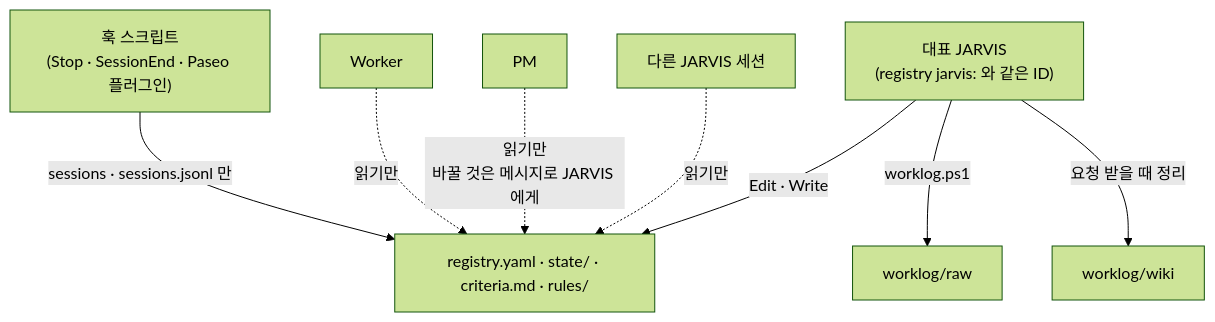
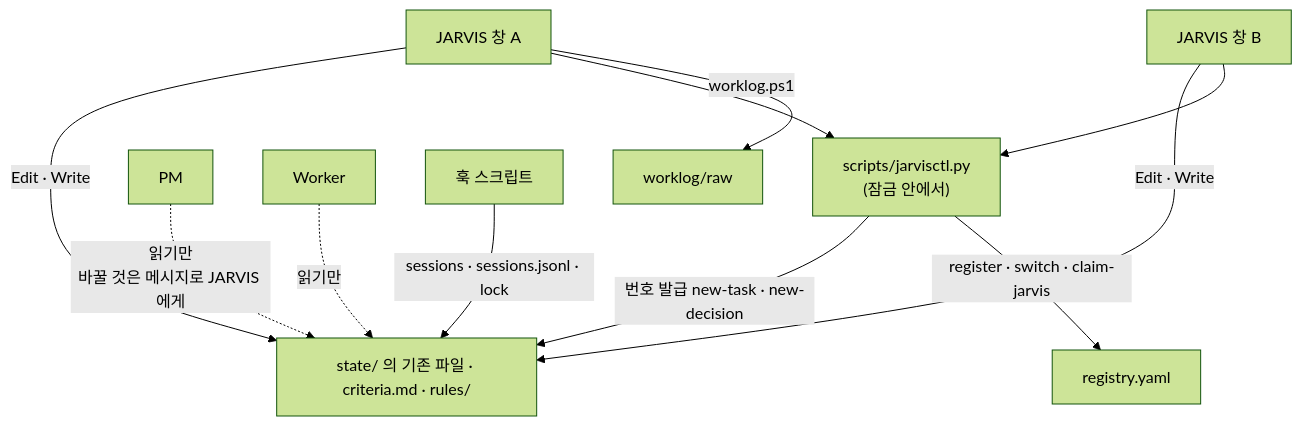
One commit to smdeveloper7/jarvis changed the second of 3 diagrams in docs/01_State_Memory_Management.md. Above: the diagram before and after it, drawn with Mermaid (forest theme). The commit also changed other lines of this file and 11 other files, not shown here.

````diff
--- a/docs/01_State_Memory_Management.md
+++ b/docs/01_State_Memory_Management.md
@@ -200,10 +202,13 @@
 ```mermaid
 flowchart TD
-    J["대표 JARVIS<br/>(registry jarvis: 와 같은 ID)"] -->|"Edit · Write"| S["registry.yaml · state/ · criteria.md · rules/"]
-    J2["다른 JARVIS 세션"] -.->|"읽기만"| S
+    J1["JARVIS 창 A"] -->|"Edit · Write"| S["state/ 의 기존 파일 · criteria.md · rules/"]
+    J2["JARVIS 창 B"] -->|"Edit · Write"| S
+    J1 --> C["scripts/jarvisctl.py<br/>(잠금 안에서)"]
+    J2 --> C
+    C -->|"번호 발급 new-task · new-decision"| S
+    C -->|"register · switch · claim-jarvis"| REG["registry.yaml"]
     PM["PM"] -.->|"읽기만<br/>바꿀 것은 메시지로 JARVIS 에게"| S
     W["Worker"] -.->|"읽기만"| S
-    H["훅 스크립트<br/>(Stop · SessionEnd · Paseo 플러그인)"] -->|"sessions · sessions.jsonl 만"| S
-    J -->|"worklog.ps1"| R["worklog/raw"]
-    J -->|"요청 받을 때 정리"| WK["worklog/wiki"]
+    H["훅 스크립트"] -->|"sessions · sessions.jsonl · lock"| S
+    J1 -->|"worklog.ps1"| R["worklog/raw"]
 ```
````
